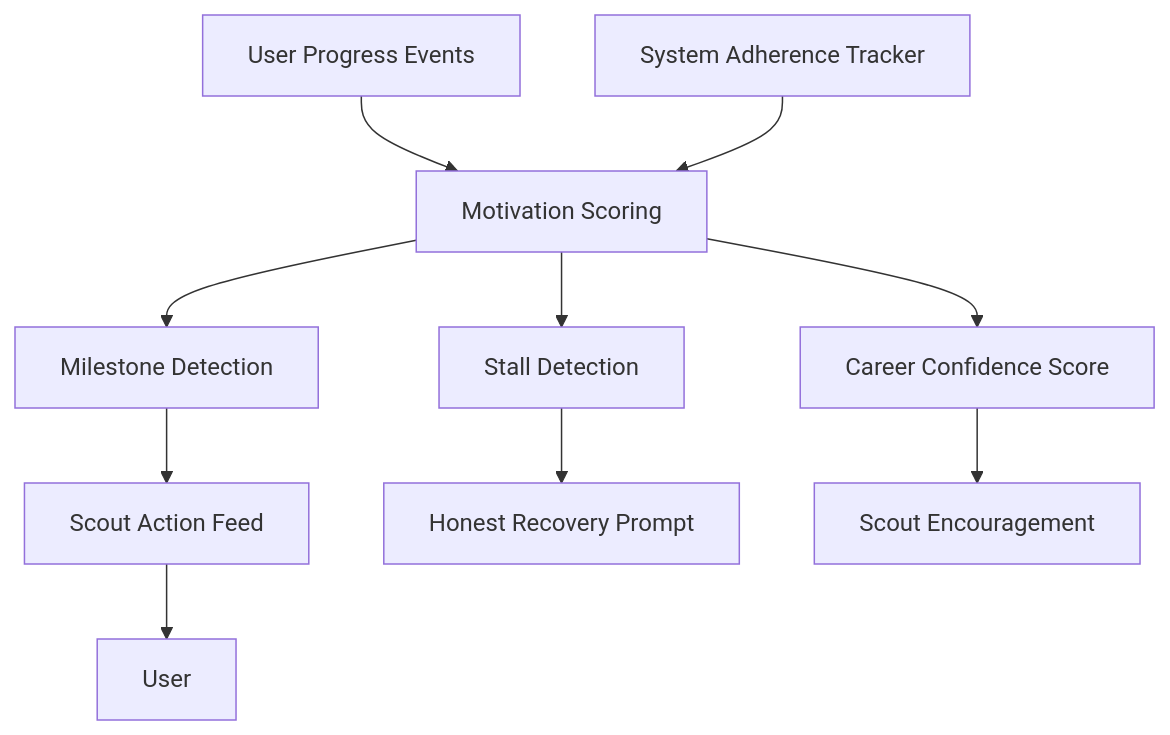
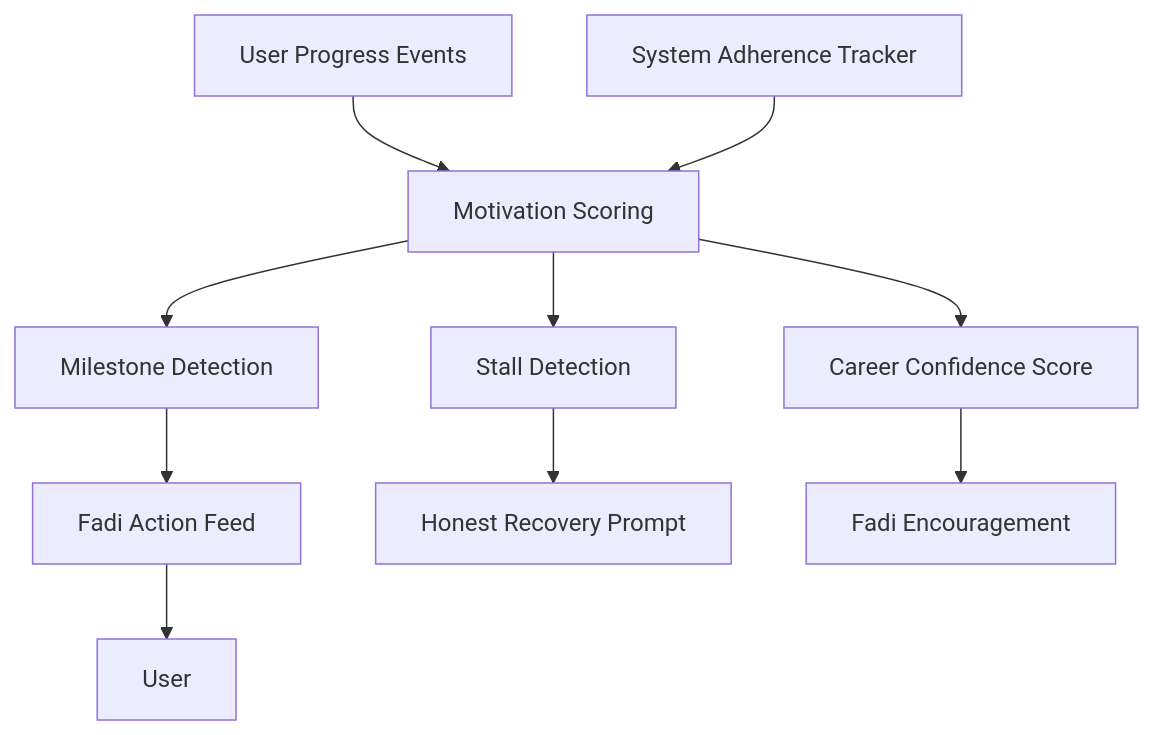
One commit to Mirzzie/Fadi changed the diagram in docs/GAMIFICATION_AND_MOTIVATION_ENGINE.md. Above: the diagram before and after it, drawn with Mermaid. The commit also changed other lines of this file and 158 other files, not shown here.

First line of the commit message:
refactor!: rename agent Scout→Fadi and brand CareerOS→FadiOS

````diff
--- a/docs/GAMIFICATION_AND_MOTIVATION_ENGINE.md
+++ b/docs/GAMIFICATION_AND_MOTIVATION_ENGINE.md
@@ -30,12 +30,12 @@
 ```mermaid
 flowchart TD
     Events[User Progress Events] --> Scoring[Motivation Scoring]
     SystemAdherence[System Adherence Tracker] --> Scoring
     Scoring --> Confidence[Career Confidence Score]
     Scoring --> Milestones[Milestone Detection]
     Scoring --> Stall[Stall Detection]
-    Milestones --> Feed[Scout Action Feed]
+    Milestones --> Feed[Fadi Action Feed]
     Stall --> Recovery[Honest Recovery Prompt]
-    Confidence --> Scout[Scout Encouragement]
+    Confidence --> Fadi[Fadi Encouragement]
     Feed --> User[User]
 ```
````
